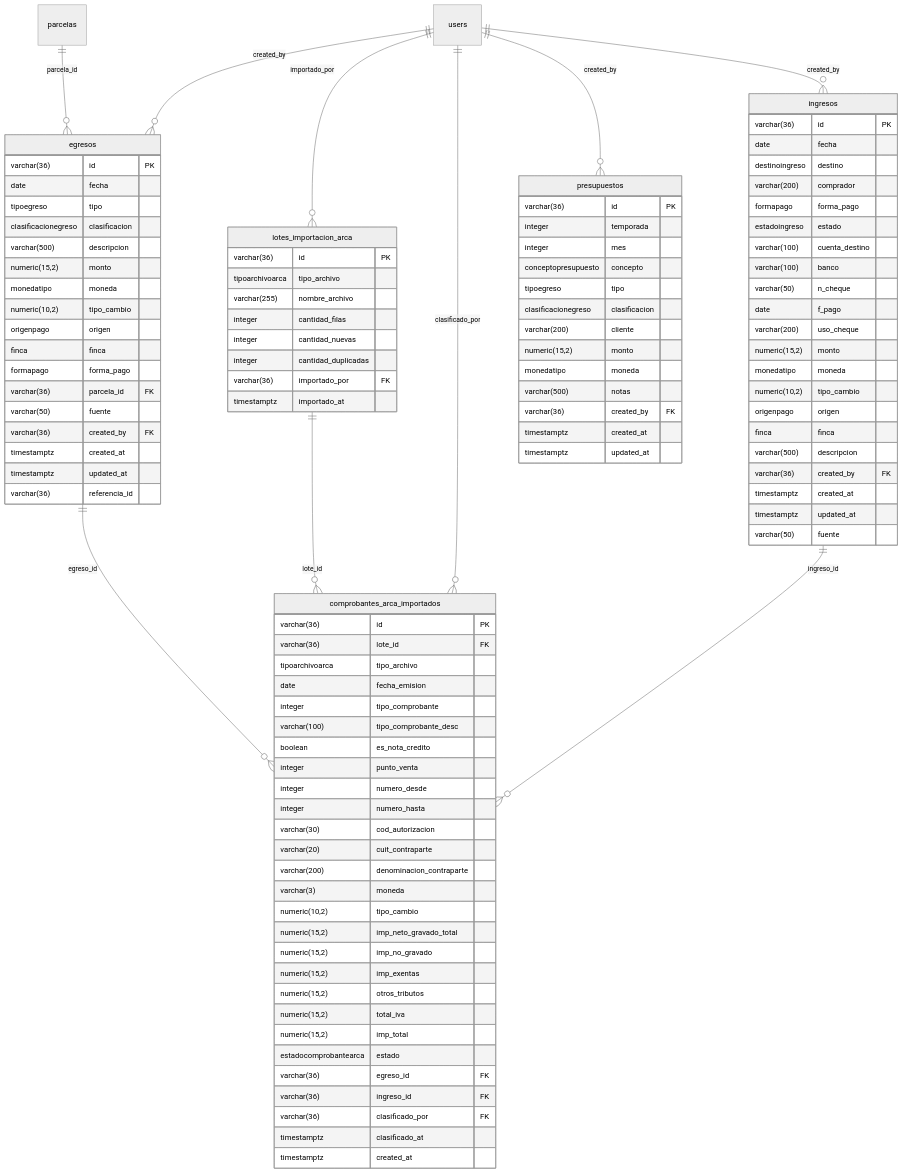
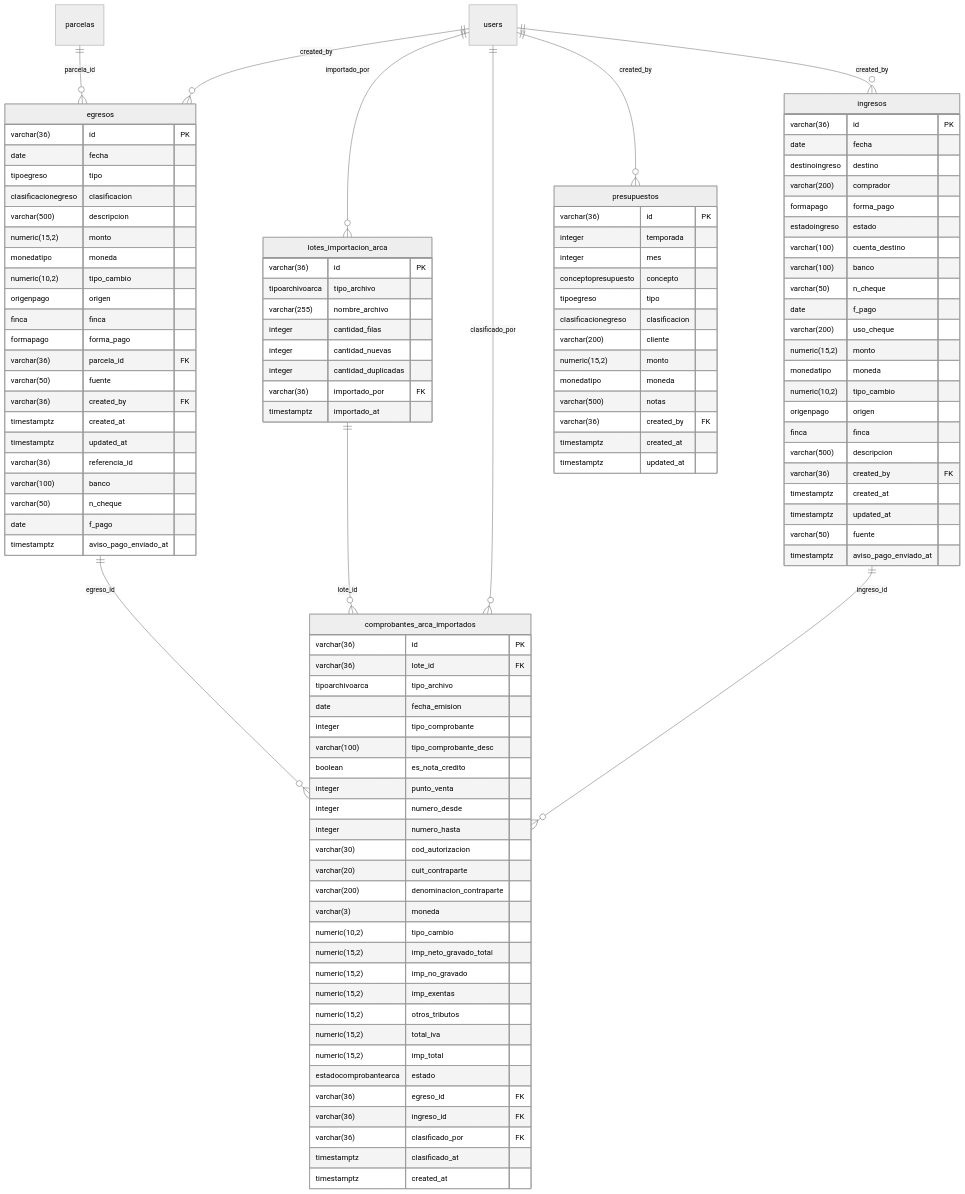
The fifth of 9 diagrams in docs/sistema/Modelo de Datos.md (FaustoYanzon/Proyecto-Gestion-Los-Lirios-), drawn with Mermaid (neutral theme) before and after one commit. The commit also changed other lines of this file and 11 other files, not shown here.

```diff
--- a/docs/sistema/Modelo de Datos.md
+++ b/docs/sistema/Modelo de Datos.md
@@ -766,6 +766,7 @@
         timestamptz created_at
         timestamptz updated_at
         varchar(50) fuente
+        timestamptz aviso_pago_enviado_at
     }
     egresos {
         varchar(36) id PK
@@ -785,6 +786,10 @@
         timestamptz created_at
         timestamptz updated_at
         varchar(36) referencia_id
+        varchar(100) banco
+        varchar(50) n_cheque
+        date f_pago
+        timestamptz aviso_pago_enviado_at
     }
     presupuestos {
         varchar(36) id PK
```
